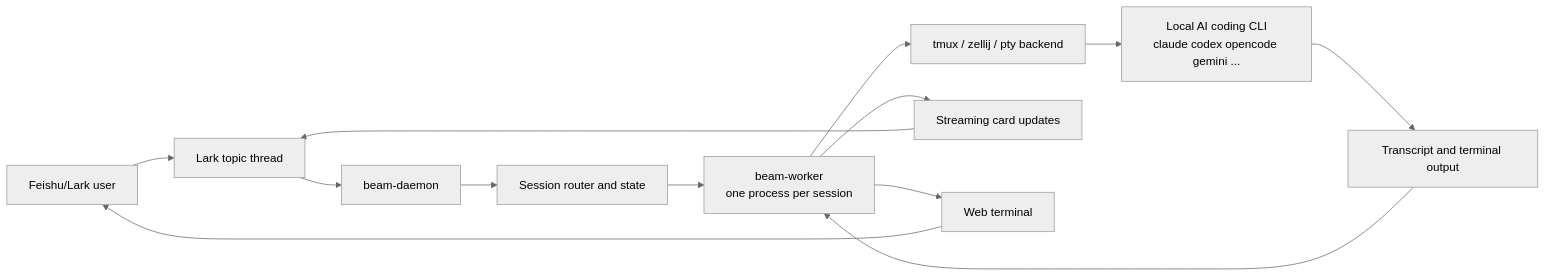
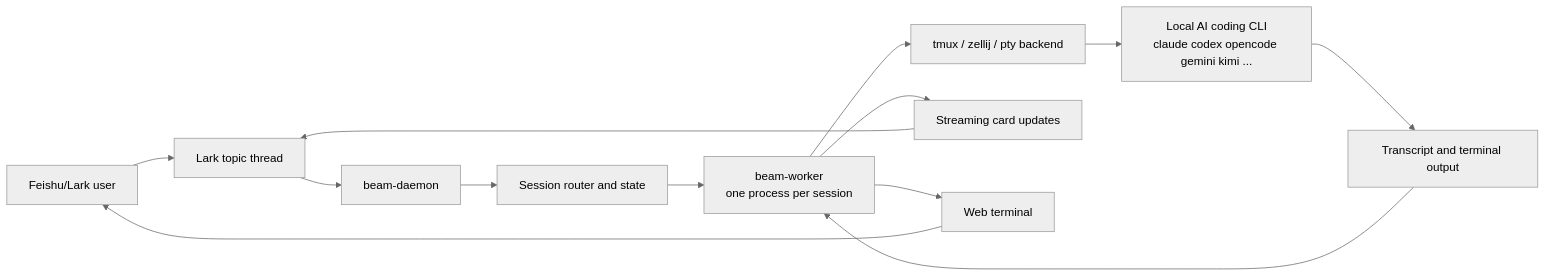
The diagram in README.en.md (linuxhenhao/beam), drawn with Mermaid (neutral theme) before and after one commit. The commit also changed other lines of this file and 13 other files, not shown here.

Commit message:
feat(worker): 新增 kimi-code CLI 适配器

````diff
--- a/README.en.md
+++ b/README.en.md
@@ -35,15 +35,15 @@
 ```mermaid
 flowchart LR
     U[Feishu/Lark user] --> T[Lark topic thread]
     T --> D[beam-daemon]
     D --> S[Session router and state]
     S --> W[beam-worker<br/>one process per session]
     W --> B[tmux / zellij / pty backend]
-    B --> C[Local AI coding CLI<br/>claude codex opencode gemini ...]
+    B --> C[Local AI coding CLI<br/>claude codex opencode gemini kimi ...]
     W --> K[Streaming card updates]
     W --> P[Web terminal]
     C --> O[Transcript and terminal output]
     O --> W
     K --> T
     P --> U
 ```
````
